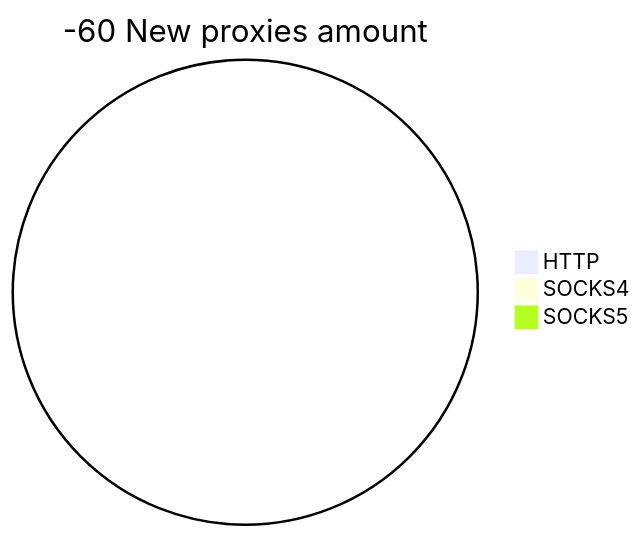
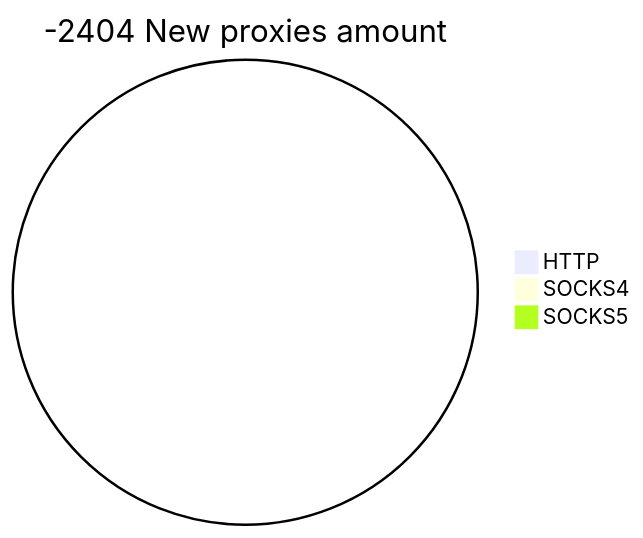
One commit to cutipu/proxylist changed the second of 2 diagrams in README.md. Above: the diagram before and after it, drawn with Mermaid. The commit also changed other lines of this file, not shown here.

````diff
--- a/README.md
+++ b/README.md
@@ -10,6 +10,6 @@
 ```mermaid
-pie title -60 New proxies amount
+pie title -2404 New proxies amount
     "HTTP" : 0
     "SOCKS4" : 0
     "SOCKS5" : 0
 ```
````
